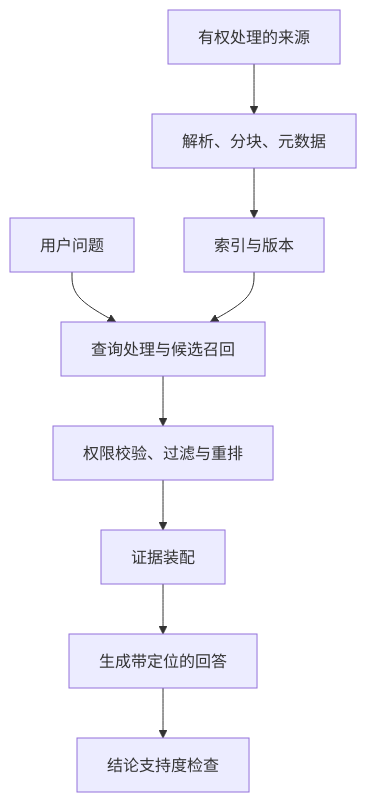
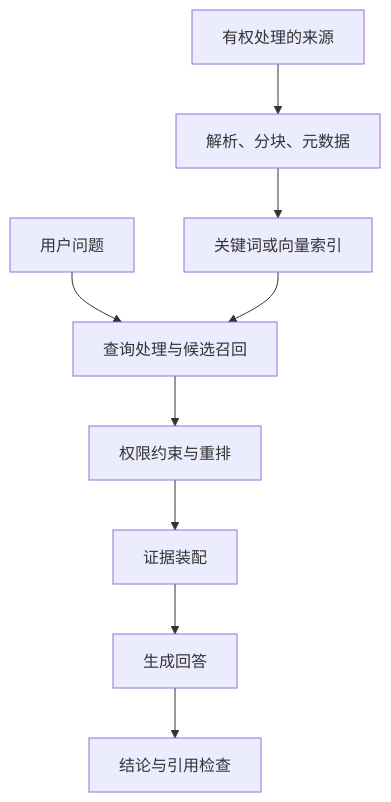
The second of 3 diagrams in docs/note/ai/06-retrieval.md (Cypher-hey/footprint), drawn with Mermaid before and after one commit. The commit also changed other lines of this file and 22 other files, not shown here.

Commit message:
docs(ai): unify conceptual explanations, progressive diagrams and cross-topic knowledge ownership

````diff
--- a/docs/note/ai/06-retrieval.md
+++ b/docs/note/ai/06-retrieval.md
@@ -30,11 +44,11 @@
 ```mermaid
 flowchart TD
     S["有权处理的来源"] --> P["解析、分块、元数据"]
-    P --> I["索引与版本"]
+    P --> I["关键词或向量索引"]
     Q["用户问题"] --> R["查询处理与候选召回"]
     I --> R
-    R --> C["权限校验、过滤与重排"]
+    R --> C["权限约束与重排"]
     C --> B["证据装配"]
-    B --> A["生成带定位的回答"]
-    A --> V["结论支持度检查"]
+    B --> A["生成回答"]
+    A --> V["结论与引用检查"]
 ```
````
